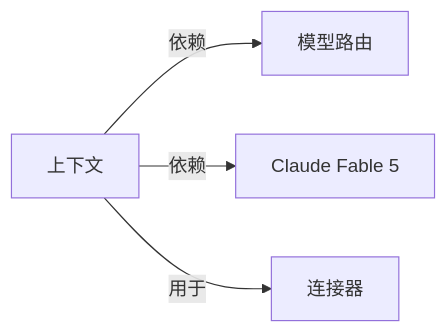
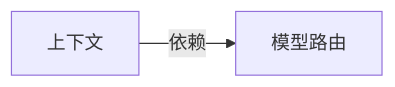
Before and after one commit to yibie/claude-best-practices-zh: the diagram in wiki/上下文.md, drawn with Mermaid. The commit also changed other lines of this file and 407 other files, not shown here.

Commit message:
feat: DeepSeek 三遍审校（译文/关系/图谱）+ 可部署静态站点

````diff
--- a/wiki/上下文.md
+++ b/wiki/上下文.md
@@ -45,7 +44,5 @@
 ```mermaid
 graph LR
   C["上下文"]
   C -->|依赖| N0["模型路由"]
-  C -->|依赖| N1["Claude Fable 5"]
-  C -->|用于| N2["连接器"]
 ```
````
